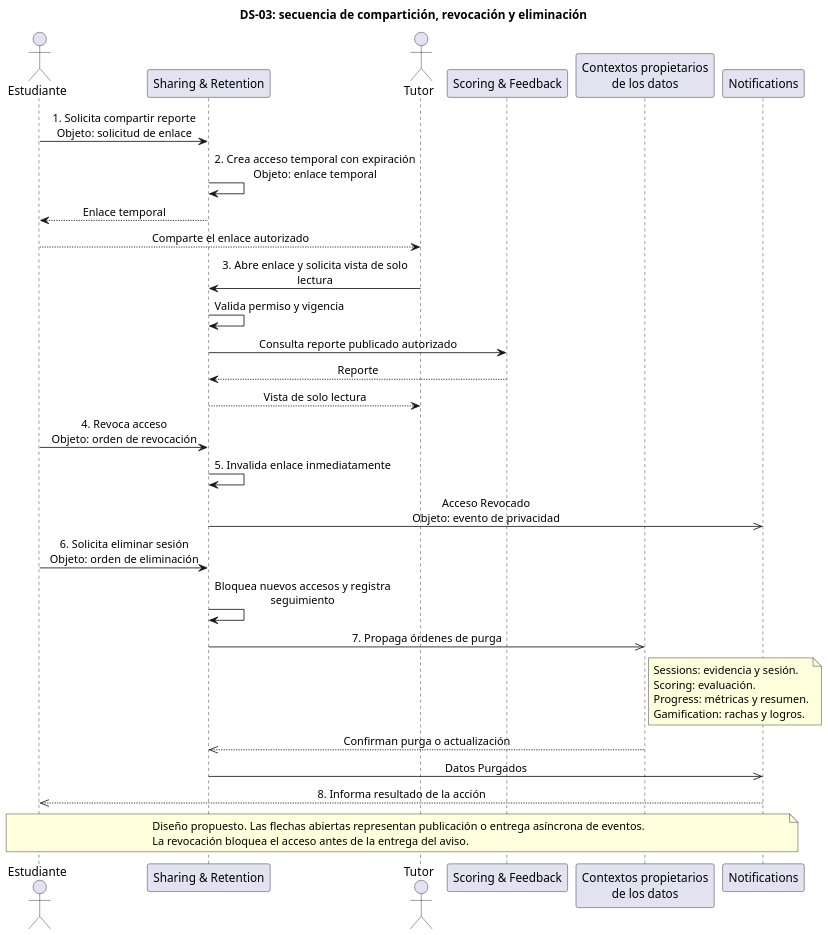
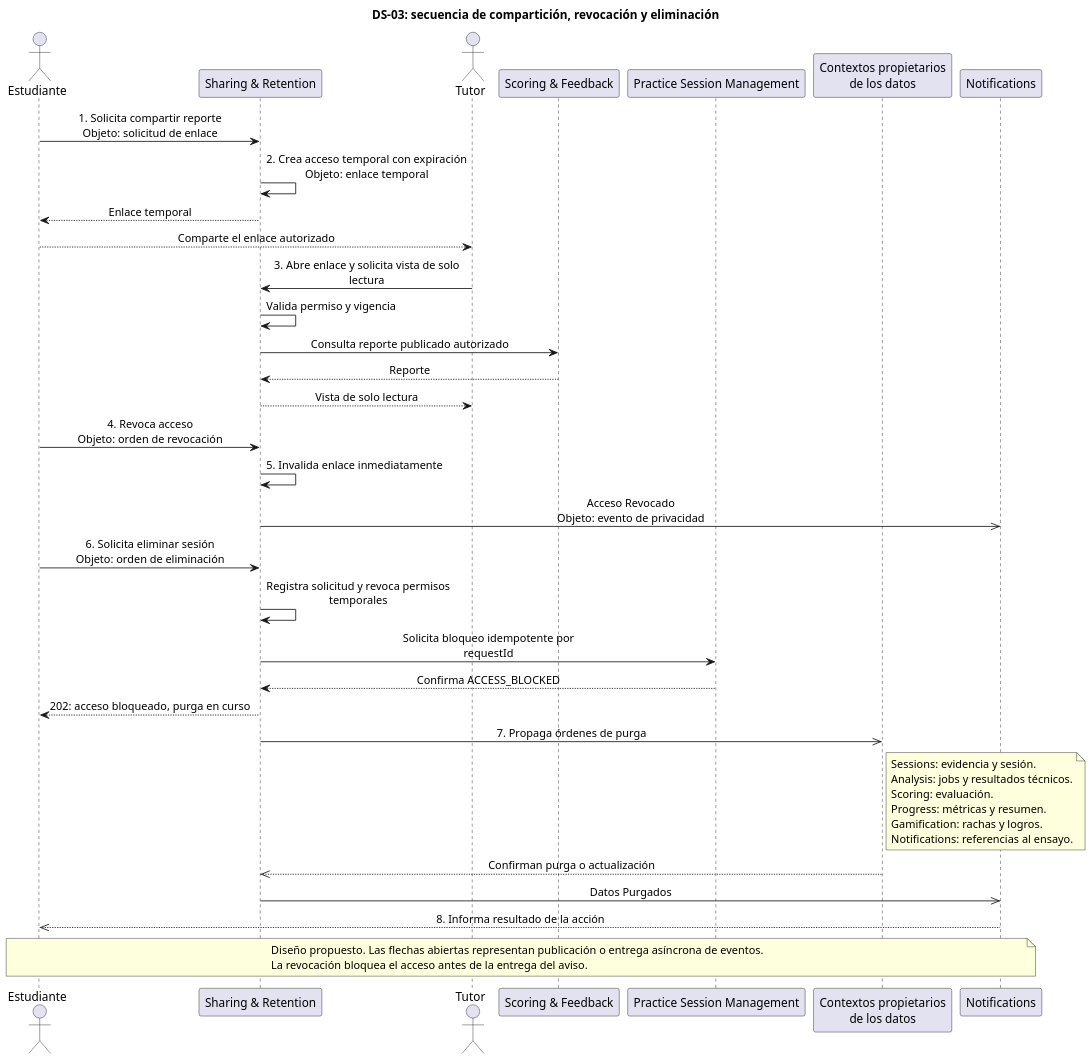
One commit to upc-pre-202620-si728-16365-thropic/talki-project-report changed the diagram in assets/diagrams/c4/privacy-story-sequence.puml. Above: the diagram before and after it, drawn with PlantUML. The commit also changed 15 other files, not shown here.

First line of the commit message:
docs(architecture): alinea contextos, cierre y privacidad con el diseño táctico

```diff
--- a/assets/diagrams/c4/privacy-story-sequence.puml
+++ b/assets/diagrams/c4/privacy-story-sequence.puml
@@ -1,41 +1,47 @@
 @startuml
 skinparam defaultFontName Arial
 skinparam dpi 130
 skinparam sequenceMessageAlign center
 skinparam maxMessageSize 250
 title DS-03: secuencia de compartición, revocación y eliminación
 actor Estudiante as student
 participant "Sharing & Retention" as sharing
 actor "Tutor" as tutor
 participant "Scoring & Feedback" as scoring
+participant "Practice Session Management" as sessions
 participant "Contextos propietarios\nde los datos" as owners
 participant "Notifications" as notifications
 student -> sharing : 1. Solicita compartir reporte\nObjeto: solicitud de enlace
 sharing -> sharing : 2. Crea acceso temporal con expiración\nObjeto: enlace temporal
 sharing --> student : Enlace temporal
 student --> tutor : Comparte el enlace autorizado
 tutor -> sharing : 3. Abre enlace y solicita vista de solo lectura
 sharing -> sharing : Valida permiso y vigencia
 sharing -> scoring : Consulta reporte publicado autorizado
 scoring --> sharing : Reporte
 sharing --> tutor : Vista de solo lectura
 student -> sharing : 4. Revoca acceso\nObjeto: orden de revocación
 sharing -> sharing : 5. Invalida enlace inmediatamente
 sharing ->> notifications : Acceso Revocado\nObjeto: evento de privacidad
 student -> sharing : 6. Solicita eliminar sesión\nObjeto: orden de eliminación
-sharing -> sharing : Bloquea nuevos accesos y registra seguimiento
+sharing -> sharing : Registra solicitud y revoca permisos temporales
+sharing -> sessions : Solicita bloqueo idempotente por requestId
+sessions --> sharing : Confirma ACCESS_BLOCKED
+sharing --> student : 202: acceso bloqueado, purga en curso
 sharing ->> owners : 7. Propaga órdenes de purga
 note right of owners
 Sessions: evidencia y sesión.
+Analysis: jobs y resultados técnicos.
 Scoring: evaluación.
 Progress: métricas y resumen.
 Gamification: rachas y logros.
+Notifications: referencias al ensayo.
 end note
 owners -->> sharing : Confirman purga o actualización
 sharing ->> notifications : Datos Purgados
 notifications -->> student : 8. Informa resultado de la acción
 note over student, notifications
 Diseño propuesto. Las flechas abiertas representan publicación o entrega asíncrona de eventos.
 La revocación bloquea el acceso antes de la entrega del aviso.
 end note
 @enduml
```
